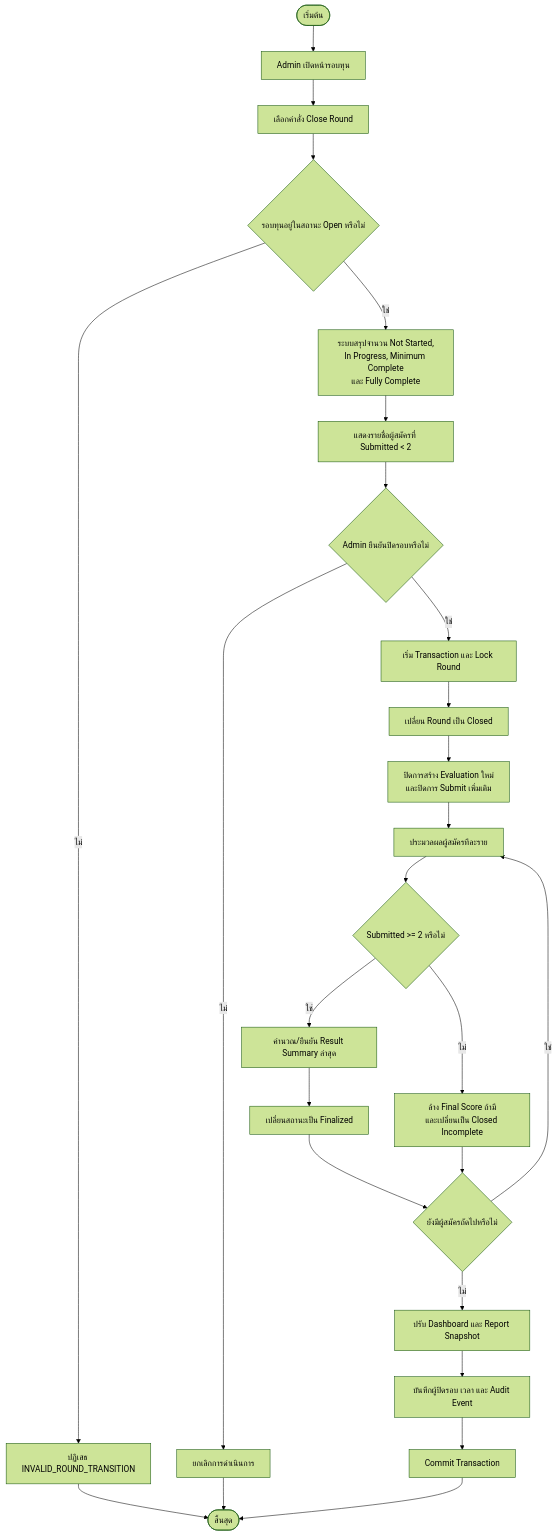
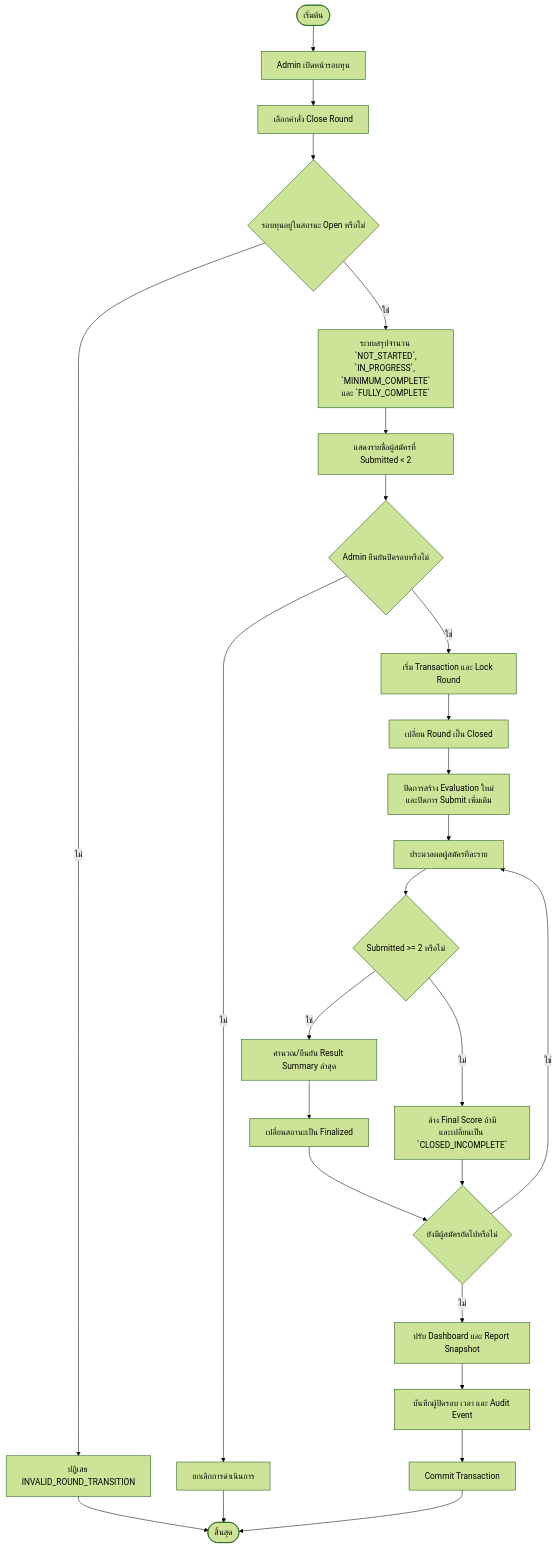
The tenth of 13 diagrams in Design/Architecture/SEMS_Process_Flows.md (warattapobwaiarsa/SEMS_Docs), drawn with Mermaid (forest theme) before and after one commit. The commit also changed other lines of this file and 41 other files, not shown here.

````diff
--- a/Design/Architecture/SEMS_Process_Flows.md
+++ b/Design/Architecture/SEMS_Process_Flows.md
@@ -432,28 +432,28 @@
 ```mermaid
 flowchart TD
     A([เริ่มต้น]) --> B["Admin เปิดหน้ารอบทุน"]
     B --> C["เลือกคำสั่ง Close Round"]
     C --> D{"รอบทุนอยู่ในสถานะ Open หรือไม่"}
     D -- ไม่ --> E["ปฏิเสธ INVALID_ROUND_TRANSITION"]
-    D -- ใช่ --> F["ระบบสรุปจำนวน Not Started,<br/>In Progress, Minimum Complete<br/>และ Fully Complete"]
+    D -- ใช่ --> F["ระบบสรุปจำนวน `NOT_STARTED`,<br/>`IN_PROGRESS`, `MINIMUM_COMPLETE`<br/>และ `FULLY_COMPLETE`"]
     F --> G["แสดงรายชื่อผู้สมัครที่ Submitted < 2"]
     G --> H{"Admin ยืนยันปิดรอบหรือไม่"}
     H -- ไม่ --> I["ยกเลิกการดำเนินการ"]
     H -- ใช่ --> J["เริ่ม Transaction และ Lock Round"]
     J --> K["เปลี่ยน Round เป็น Closed"]
     K --> L["ปิดการสร้าง Evaluation ใหม่<br/>และปิดการ Submit เพิ่มเติม"]
     L --> M["ประมวลผลผู้สมัครทีละราย"]
     M --> N{"Submitted >= 2 หรือไม่"}
     N -- ใช่ --> O["คำนวณ/ยืนยัน Result Summary ล่าสุด"]
     O --> P["เปลี่ยนสถานะเป็น Finalized"]
-    N -- ไม่ --> Q["ล้าง Final Score ถ้ามี<br/>และเปลี่ยนเป็น Closed Incomplete"]
+    N -- ไม่ --> Q["ล้าง Final Score ถ้ามี<br/>และเปลี่ยนเป็น `CLOSED_INCOMPLETE`"]
     P --> R{"ยังมีผู้สมัครถัดไปหรือไม่"}
     Q --> R
     R -- ใช่ --> M
     R -- ไม่ --> S["ปรับ Dashboard และ Report Snapshot"]
     S --> T["บันทึกผู้ปิดรอบ เวลา และ Audit Event"]
     T --> U["Commit Transaction"]
     U --> V([สิ้นสุด])
     E --> V
     I --> V
 ```
````
